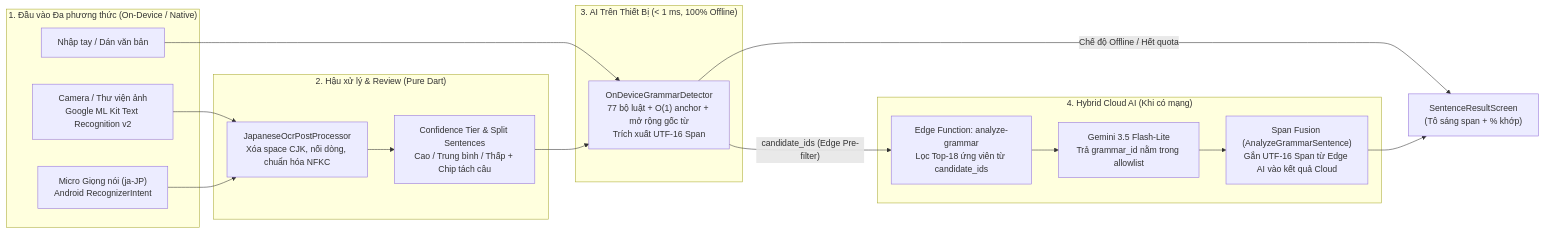
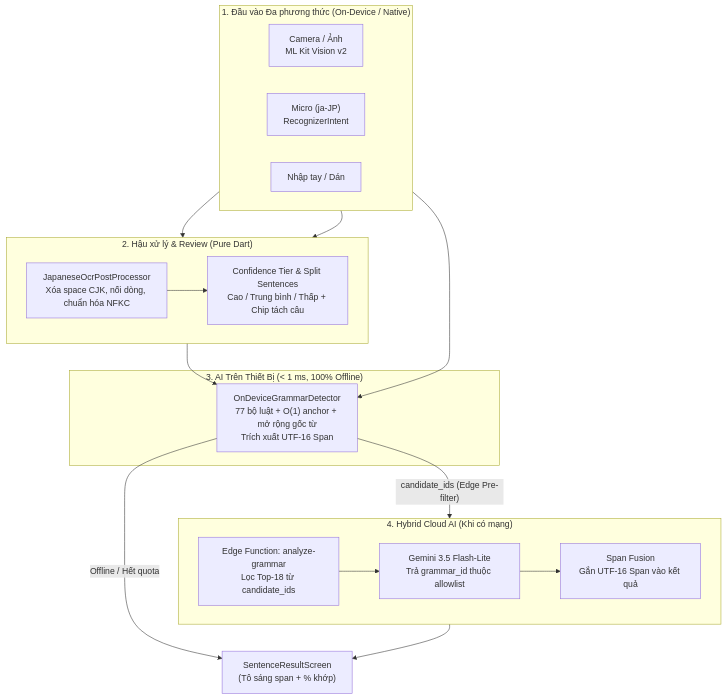
One commit to bunly-app/bunly changed the first of 2 diagrams in documents/reports/Capstone-Report-3-AI-Testing.md. Above: the diagram before and after it, drawn with Mermaid. The commit also changed other lines of this file, not shown here.

Commit message:
docs(reports): improve Mermaid diagram layout for Report 3 PDF readability

````diff
--- a/documents/reports/Capstone-Report-3-AI-Testing.md
+++ b/documents/reports/Capstone-Report-3-AI-Testing.md
@@ -27,30 +27,33 @@
 ```mermaid
-flowchart LR
+flowchart TD
     subgraph Input["1. Đầu vào Đa phương thức (On-Device / Native)"]
-        CAM["Camera / Thư viện ảnh<br/>Google ML Kit Text Recognition v2"]
-        MIC["Micro Giọng nói (ja-JP)<br/>Android RecognizerIntent"]
-        TYPE["Nhập tay / Dán văn bản"]
+        direction LR
+        CAM["Camera / Ảnh<br/>ML Kit Vision v2"]
+        MIC["Micro (ja-JP)<br/>RecognizerIntent"]
+        TYPE["Nhập tay / Dán"]
     end
 
     subgraph Post["2. Hậu xử lý & Review (Pure Dart)"]
+        direction LR
         PP["JapaneseOcrPostProcessor<br/>Xóa space CJK, nối dòng, chuẩn hóa NFKC"]
         CONF["Confidence Tier & Split Sentences<br/>Cao / Trung bình / Thấp + Chip tách câu"]
     end
 
     subgraph EdgeAI["3. AI Trên Thiết Bị (< 1 ms, 100% Offline)"]
         DET["OnDeviceGrammarDetector<br/>77 bộ luật + O(1) anchor + mở rộng gốc từ<br/>Trích xuất UTF-16 Span"]
     end
 
     subgraph CloudAI["4. Hybrid Cloud AI (Khi có mạng)"]
-        EF["Edge Function: analyze-grammar<br/>Lọc Top-18 ứng viên từ candidate_ids"]
-        GEM["Gemini 3.5 Flash-Lite<br/>Trả grammar_id nằm trong allowlist"]
-        FUSE["Span Fusion (AnalyzeGrammarSentence)<br/>Gắn UTF-16 Span từ Edge AI vào kết quả Cloud"]
+        direction LR
+        EF["Edge Function: analyze-grammar<br/>Lọc Top-18 từ candidate_ids"]
+        GEM["Gemini 3.5 Flash-Lite<br/>Trả grammar_id thuộc allowlist"]
+        FUSE["Span Fusion<br/>Gắn UTF-16 Span vào kết quả"]
+        EF --> GEM --> FUSE
     end
 
-    CAM --> PP --> CONF
+    CAM --> PP --> CONF --> DET
     MIC --> PP
     TYPE --> DET
-    CONF --> DET
-    DET -- "Chế độ Offline / Hết quota" --> UI["SentenceResultScreen<br/>(Tô sáng span + % khớp)"]
-    DET -- "candidate_ids (Edge Pre-filter)" --> EF --> GEM --> FUSE --> UI
+    DET -- "Offline / Hết quota" --> UI["SentenceResultScreen<br/>(Tô sáng span + % khớp)"]
+    DET -- "candidate_ids (Edge Pre-filter)" --> CloudAI --> UI
 ```
````
